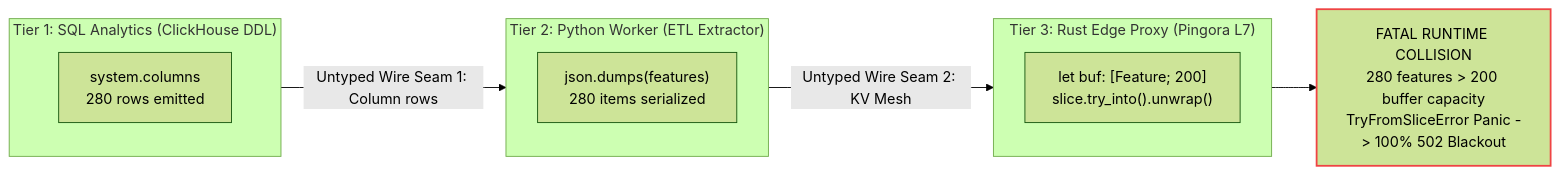
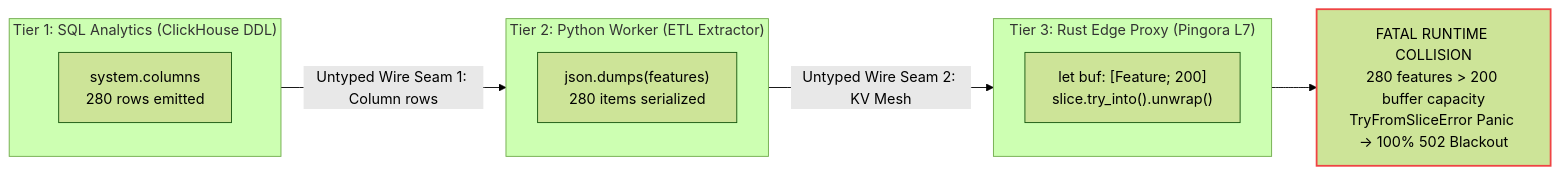
One commit to yvliet/stokes changed the diagram in web/src/content/docs/architecture/01-untyped-seams.md. Above: the diagram before and after it, drawn with Mermaid (forest theme). The commit also changed other lines of this file and 19 other files, not shown here.

````diff
--- a/web/src/content/docs/architecture/01-untyped-seams.md
+++ b/web/src/content/docs/architecture/01-untyped-seams.md
@@ -16,16 +16,16 @@
 ```mermaid
 flowchart LR
   subgraph T1["Tier 1: SQL Analytics (ClickHouse DDL)"]
     C1["system.columns<br/>280 rows emitted"]
   end
   subgraph T2["Tier 2: Python Worker (ETL Extractor)"]
     C2["json.dumps(features)<br/>280 items serialized"]
   end
   subgraph T3["Tier 3: Rust Edge Proxy (Pingora L7)"]
     C3["let buf: [Feature; 200]<br/>slice.try_into().unwrap()"]
   end
   T1 -->|Untyped Wire Seam 1: Column rows| T2
   T2 -->|Untyped Wire Seam 2: KV Mesh| T3
-  T3 --> Panic["FATAL RUNTIME COLLISION<br/>280 features > 200 buffer capacity<br/>TryFromSliceError Panic -> 100% 502 Blackout"]
+  T3 --> Panic["FATAL RUNTIME COLLISION<br/>280 features > 200 buffer capacity<br/>TryFromSliceError Panic → 100% 502 Blackout"]
   style Panic stroke:#ef4444,stroke-width:2px
 ```
````
